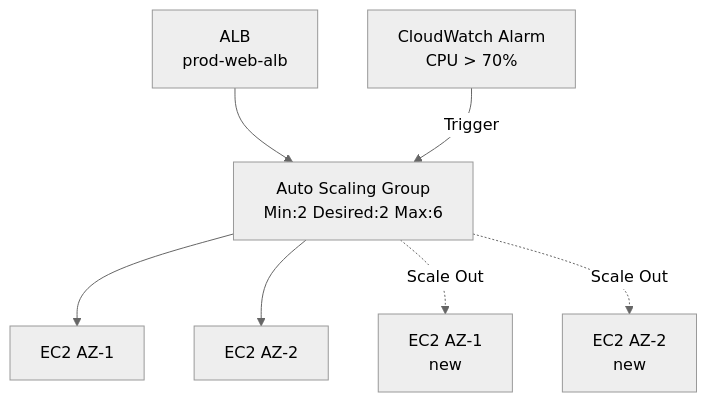
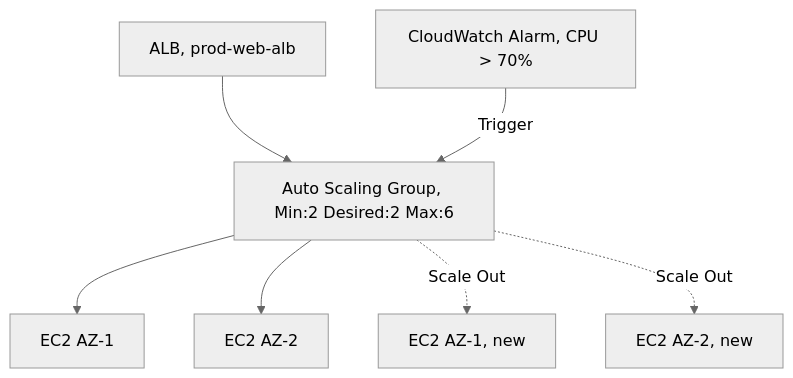
One commit to DeeptiShuklaProject/Uday_AWS changed the fourth of 4 diagrams in Chapter_39_Amazon_EC2_Auto_Scaling.md. Above: the diagram before and after it, drawn with Mermaid (neutral theme). The commit also changed other lines of this file and 34 other files, not shown here.

Commit message:
Fix mermaid diagrams syntax across all chapters (quote labels and remove HTML)

````diff
--- a/Chapter_39_Amazon_EC2_Auto_Scaling.md
+++ b/Chapter_39_Amazon_EC2_Auto_Scaling.md
@@ -1285,9 +1285,9 @@
 ```mermaid
 flowchart TD
-    ALB[ALB<br>prod-web-alb] --> ASG[Auto Scaling Group<br>Min:2 Desired:2 Max:6]
+    ALB["ALB, prod-web-alb"] --> ASG["Auto Scaling Group, Min:2 Desired:2 Max:6"]
     ASG --> EC2A[EC2 AZ-1]
     ASG --> EC2B[EC2 AZ-2]
-    ASG -.->|Scale Out| EC2C[EC2 AZ-1<br>new]
-    ASG -.->|Scale Out| EC2D[EC2 AZ-2<br>new]
-    CW[CloudWatch Alarm<br>CPU > 70%] -->|Trigger| ASG
+    ASG -.->|Scale Out| EC2C["EC2 AZ-1, new"]
+    ASG -.->|Scale Out| EC2D["EC2 AZ-2, new"]
+    CW["CloudWatch Alarm, CPU > 70%"] -->|Trigger| ASG
 ```
````
